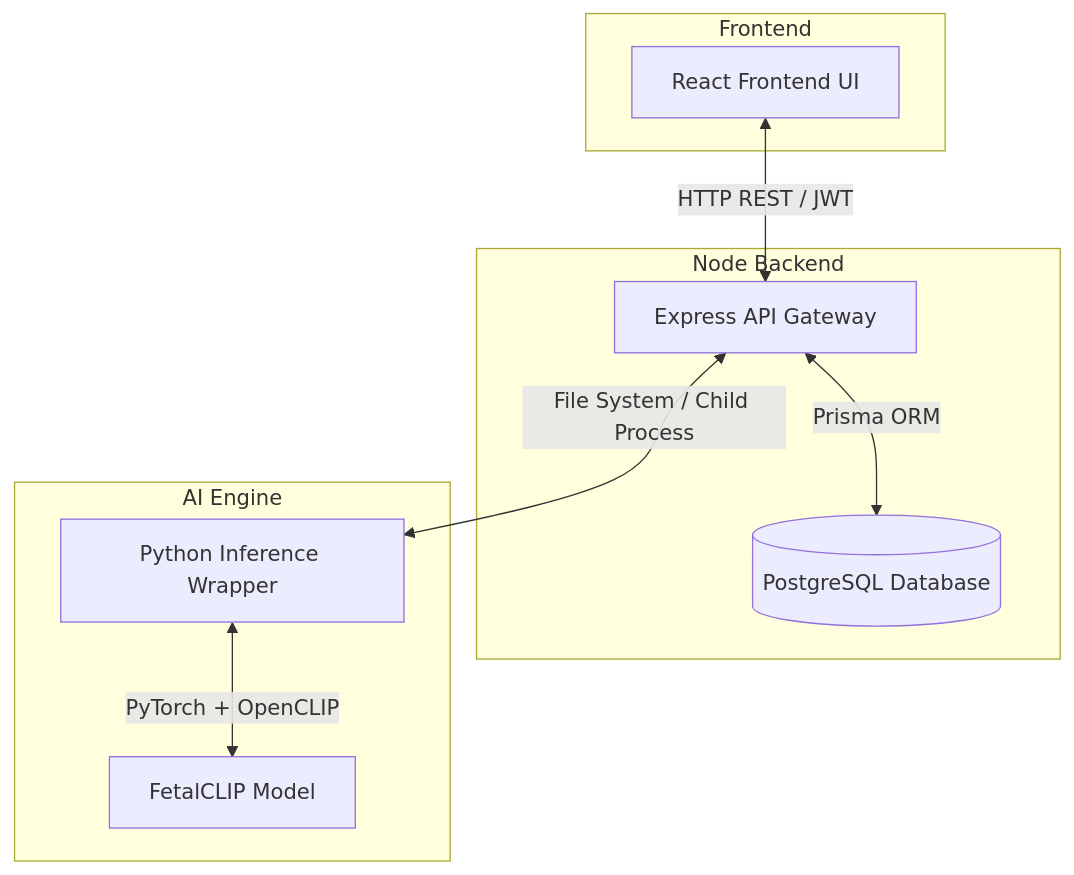
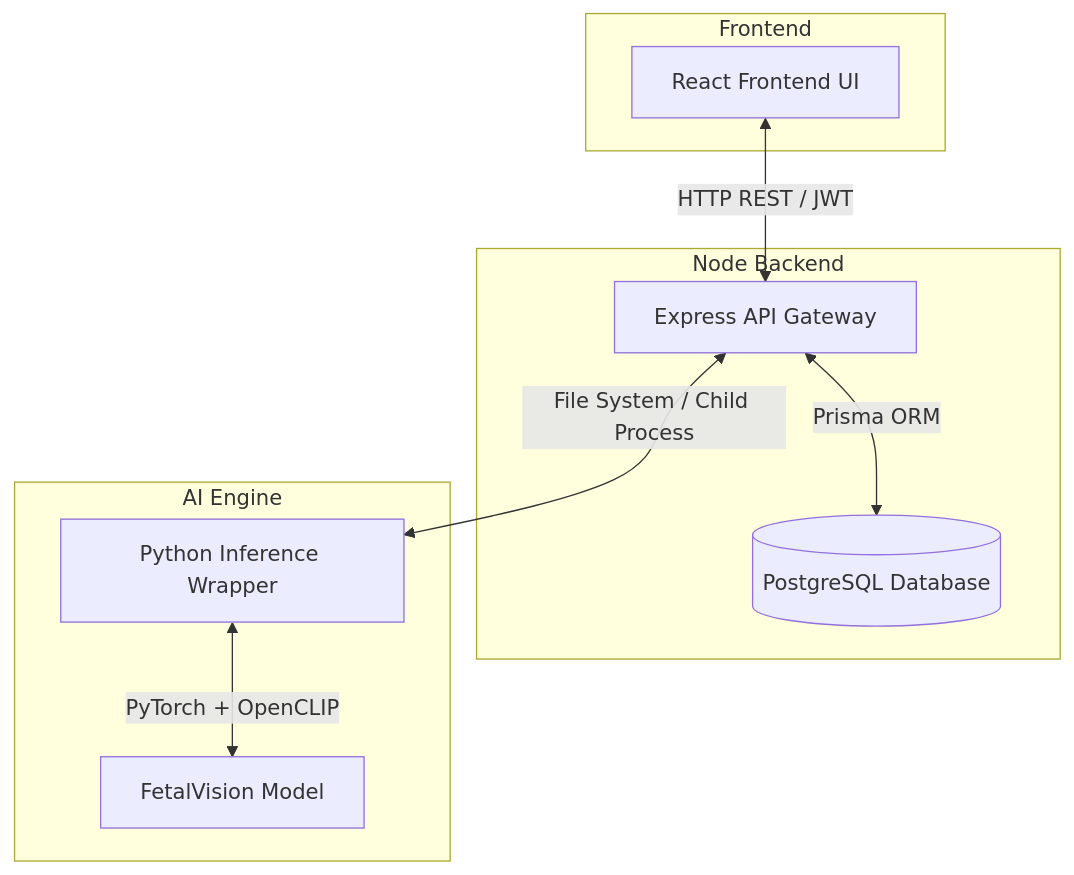
One commit to aishwarya18032006/FetalVision-AI changed the diagram in README.md. Above: the diagram before and after it, drawn with Mermaid.

Commit message:
Update model name in architecture diagram

````diff
--- a/README.md
+++ b/README.md
@@ -43,23 +43,23 @@
 ```mermaid
 graph TD
     UI[React Frontend UI] <-->|HTTP REST / JWT| API[Express API Gateway]
     
     API <-->|File System / Child Process| PyBridge[Python Inference Wrapper]
-    PyBridge <-->|PyTorch + OpenCLIP| Model[FetalCLIP Model]
+    PyBridge <-->|PyTorch + OpenCLIP| Model[FetalVision Model]
     
     API <-->|Prisma ORM| DB[(PostgreSQL Database)]
     
     subgraph Frontend
     UI
     end
     
     subgraph Node Backend
     API
     DB
     end
     
     subgraph AI Engine
     PyBridge
     Model
     end
 ```
````
